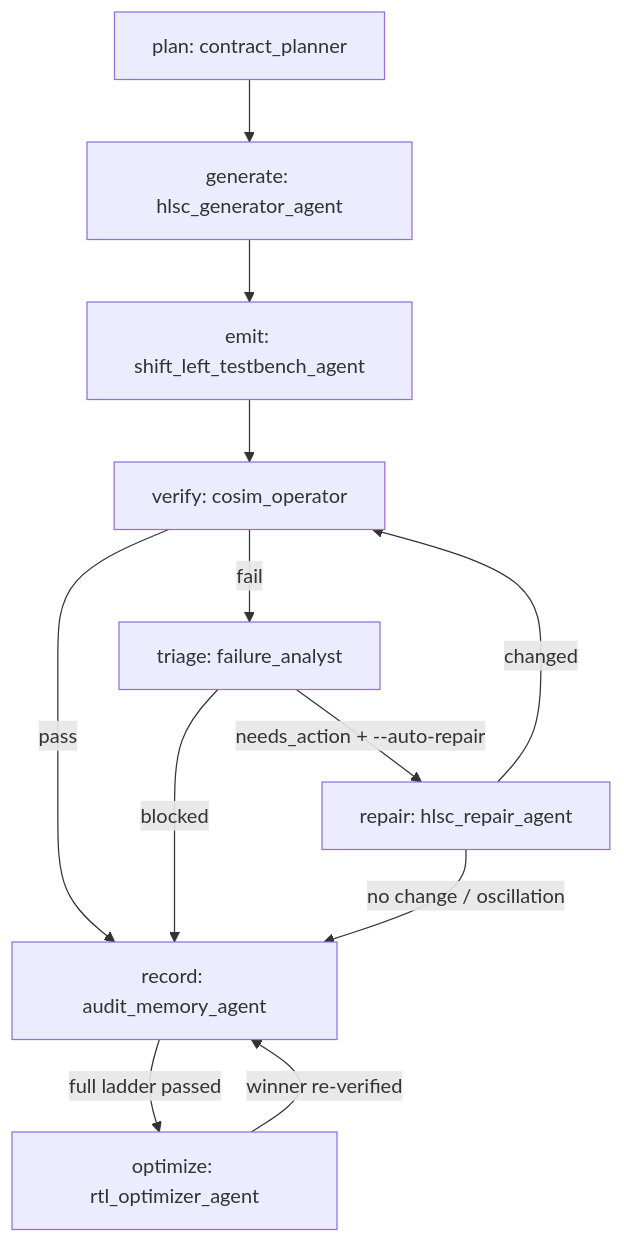
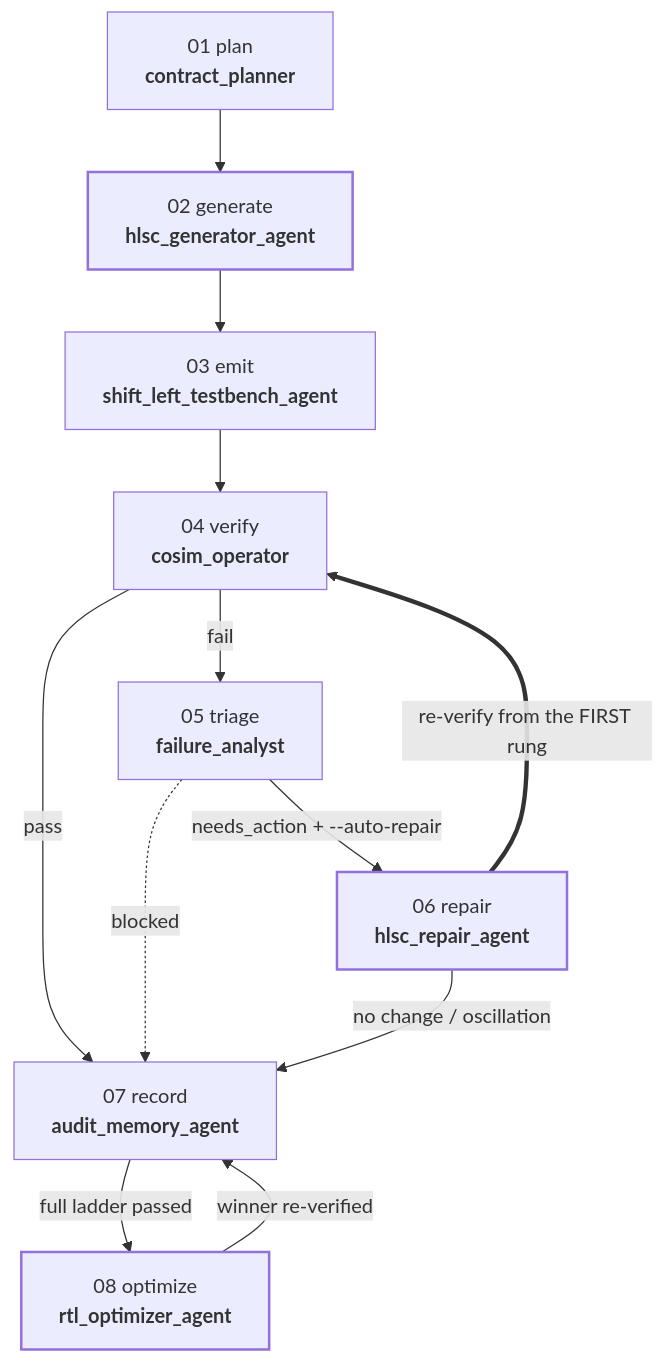
One commit to huluk98/c2hlsc-agent changed the first of 6 diagrams in docs/workflow_end_to_end.md. Above: the diagram before and after it, drawn with Mermaid. The commit also changed other lines of this file, not shown here.

First line of the commit message:
Draw the workflow: six diagrams in the end-to-end doc

````diff
--- a/docs/workflow_end_to_end.md
+++ b/docs/workflow_end_to_end.md
@@ -53,14 +53,17 @@
 ```mermaid
 flowchart TD
-    A[plan: contract_planner] --> B[generate: hlsc_generator_agent]
-    B --> C[emit: shift_left_testbench_agent]
-    C --> D[verify: cosim_operator]
-    D -->|pass| G[record: audit_memory_agent]
-    D -->|fail| E[triage: failure_analyst]
-    E -->|needs_action + --auto-repair| F[repair: hlsc_repair_agent]
-    E -->|blocked| G
-    F -->|changed| D
-    F -->|no change / oscillation| G
-    G -->|full ladder passed| H[optimize: rtl_optimizer_agent]
-    H -->|winner re-verified| G
+    A["01 plan<br/><b>contract_planner</b>"] --> B["02 generate<br/><b>hlsc_generator_agent</b>"]
+    B --> C["03 emit<br/><b>shift_left_testbench_agent</b>"]
+    C --> D["04 verify<br/><b>cosim_operator</b>"]
+    D -- "fail" --> E["05 triage<br/><b>failure_analyst</b>"]
+    D -- "pass" --> G["07 record<br/><b>audit_memory_agent</b>"]
+    E -- "needs_action + --auto-repair" --> F["06 repair<br/><b>hlsc_repair_agent</b>"]
+    E -. "blocked" .-> G
+    F == "re-verify from the FIRST rung" ==> D
+    F -- "no change / oscillation" --> G
+    G -- "full ladder passed" --> H["08 optimize<br/><b>rtl_optimizer_agent</b>"]
+    H -- "winner re-verified" --> G
+
+    classDef llm stroke-width:2px,stroke-dasharray:0
+    class B,F,H llm
 ```
````
